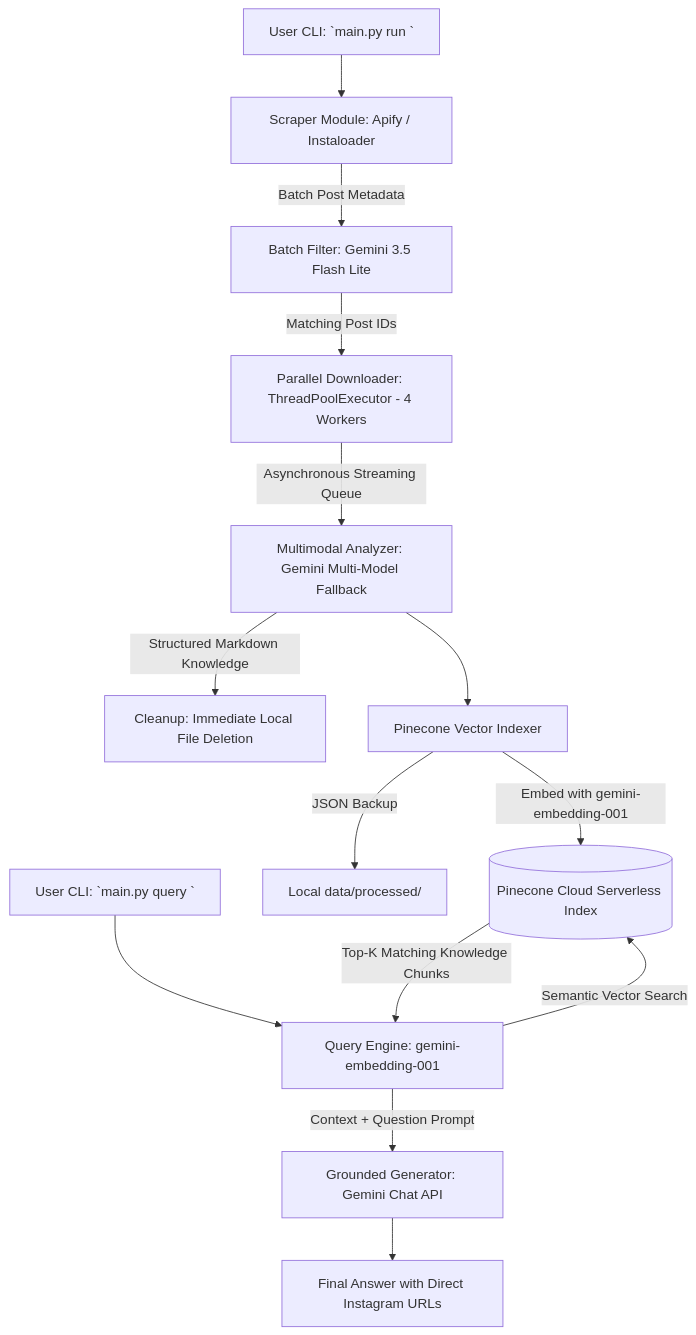
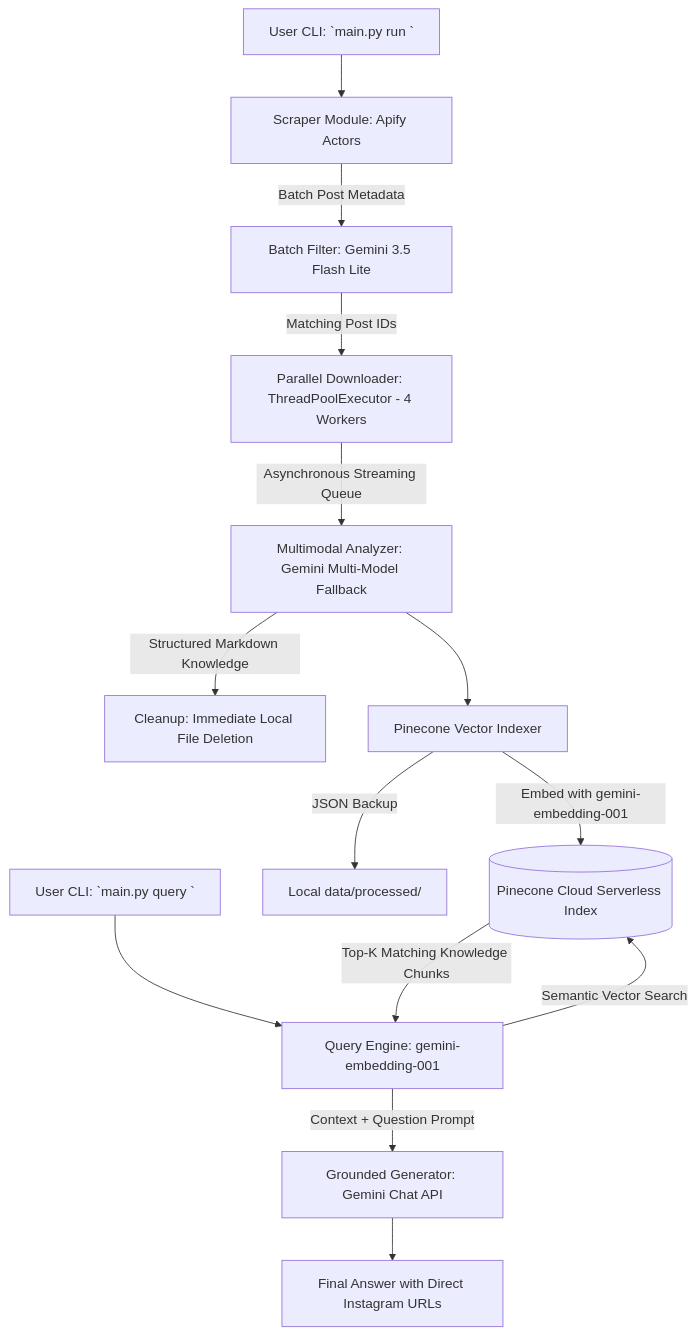
The second of 2 diagrams in docs/architecture.md (Xan007/instagram-to-rag), drawn with Mermaid before and after one commit. The commit also changed other lines of this file and 4 other files, not shown here.

Commit message:
docs: document API-first architecture and session-free scraping

````diff
--- a/docs/architecture.md
+++ b/docs/architecture.md
@@ -25,17 +24,17 @@
 ```mermaid
 flowchart TD
-    A[User CLI: `main.py run <username>`] --> B[Scraper Module: Apify / Instaloader]
+    A[User CLI: `main.py run <username>`] --> B[Scraper Module: Apify Actors]
     B -->|Batch Post Metadata| C[Batch Filter: Gemini 3.5 Flash Lite]
     C -->|Matching Post IDs| D[Parallel Downloader: ThreadPoolExecutor - 4 Workers]
     D -->|Asynchronous Streaming Queue| E[Multimodal Analyzer: Gemini Multi-Model Fallback]
     E -->|Structured Markdown Knowledge| F[Cleanup: Immediate Local File Deletion]
     E --> G[Pinecone Vector Indexer]
     G -->|Embed with gemini-embedding-001| H[(Pinecone Cloud Serverless Index)]
     G -->|JSON Backup| I[Local data/processed/]
     
     Q[User CLI: `main.py query <question>`] --> R[Query Engine: gemini-embedding-001]
     R -->|Semantic Vector Search| H
     H -->|Top-K Matching Knowledge Chunks| R
     R -->|Context + Question Prompt| J[Grounded Generator: Gemini Chat API]
     J --> K[Final Answer with Direct Instagram URLs]
 ```
````
